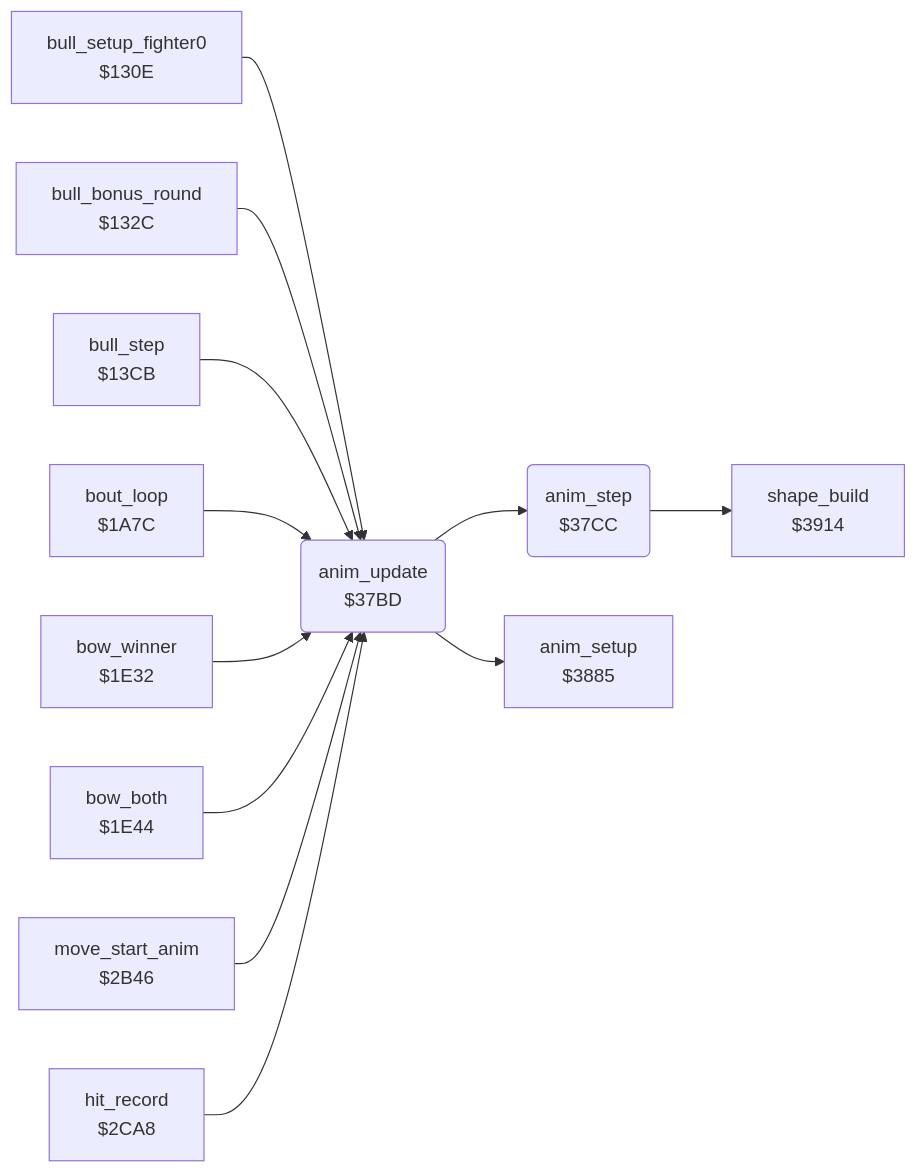
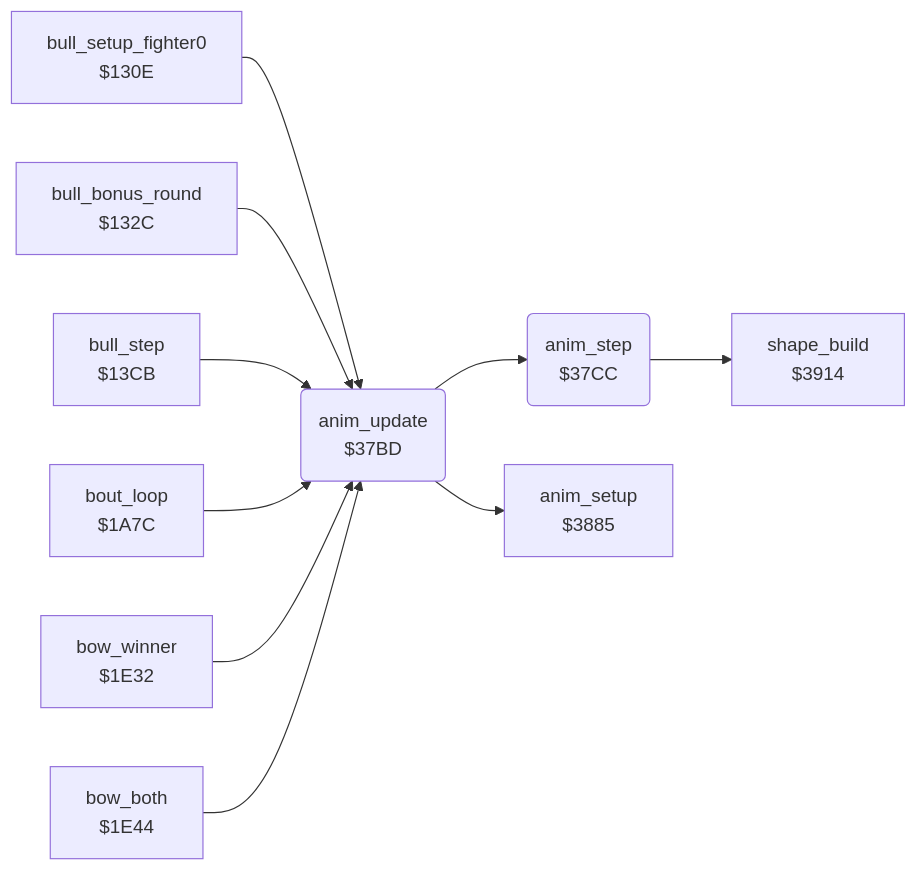
One commit to henols/c64_games changed the diagram in exploding_fist/v2/docs/reference/modules/fighter/anim_step.md. Above: the diagram before and after it, drawn with Mermaid. The commit also changed other lines of this file and 319 other files, not shown here.

````diff
--- a/exploding_fist/v2/docs/reference/modules/fighter/anim_step.md
+++ b/exploding_fist/v2/docs/reference/modules/fighter/anim_step.md
@@ -10,26 +17,22 @@
 ```mermaid
 flowchart LR
   n130e["bull_setup_fighter0<br/>$130E"]
   n132c["bull_bonus_round<br/>$132C"]
   n13cb["bull_step<br/>$13CB"]
   n1a7c["bout_loop<br/>$1A7C"]
   n1e32["bow_winner<br/>$1E32"]
   n1e44["bow_both<br/>$1E44"]
-  n2b46["move_start_anim<br/>$2B46"]
-  n2ca8["hit_record<br/>$2CA8"]
   n37bd("anim_update<br/>$37BD")
   n37cc("anim_step<br/>$37CC")
   n3885["anim_setup<br/>$3885"]
   n3914["shape_build<br/>$3914"]
   n130e --> n37bd
   n132c --> n37bd
   n13cb --> n37bd
   n1a7c --> n37bd
   n1e32 --> n37bd
   n1e44 --> n37bd
-  n2b46 --> n37bd
-  n2ca8 --> n37bd
   n37bd --> n37cc
   n37bd --> n3885
   n37cc --> n3914
 ```
````
